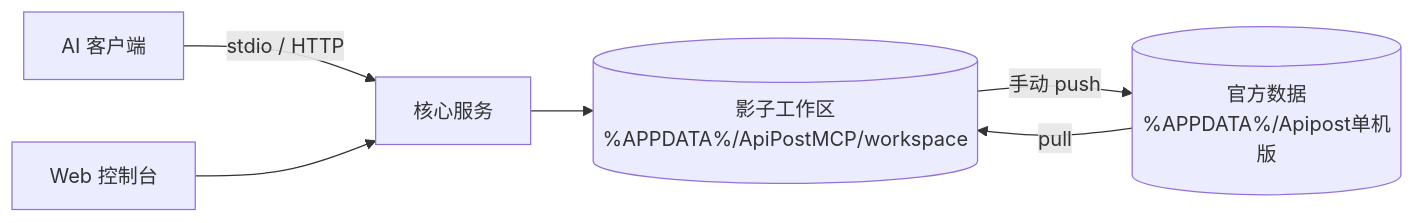
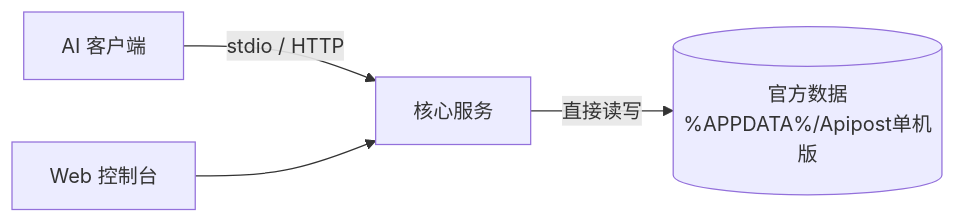
The second of 2 diagrams in README.md (Zhenbin24/Api-MCP), drawn with Mermaid before and after one commit. The commit also changed other lines of this file and 59 other files, not shown here.

First line of the commit message:
feat: 改名 ApiMCP 并修复复制为 cURL

````diff
--- a/README.md
+++ b/README.md
@@ -106,8 +197,6 @@
 ```mermaid
 flowchart LR
   Agent[AI 客户端] -->|stdio / HTTP| Core[核心服务]
-  Core --> Shadow[(影子工作区<br/>%APPDATA%/ApiPostMCP/workspace)]
-  Shadow -->|手动 push| Official[(官方数据<br/>%APPDATA%/Apipost单机版)]
-  Official -->|pull| Shadow
   UI[Web 控制台] --> Core
+  Core -->|直接读写| Official[(官方数据<br/>%APPDATA%/Apipost单机版)]
 ```
````
